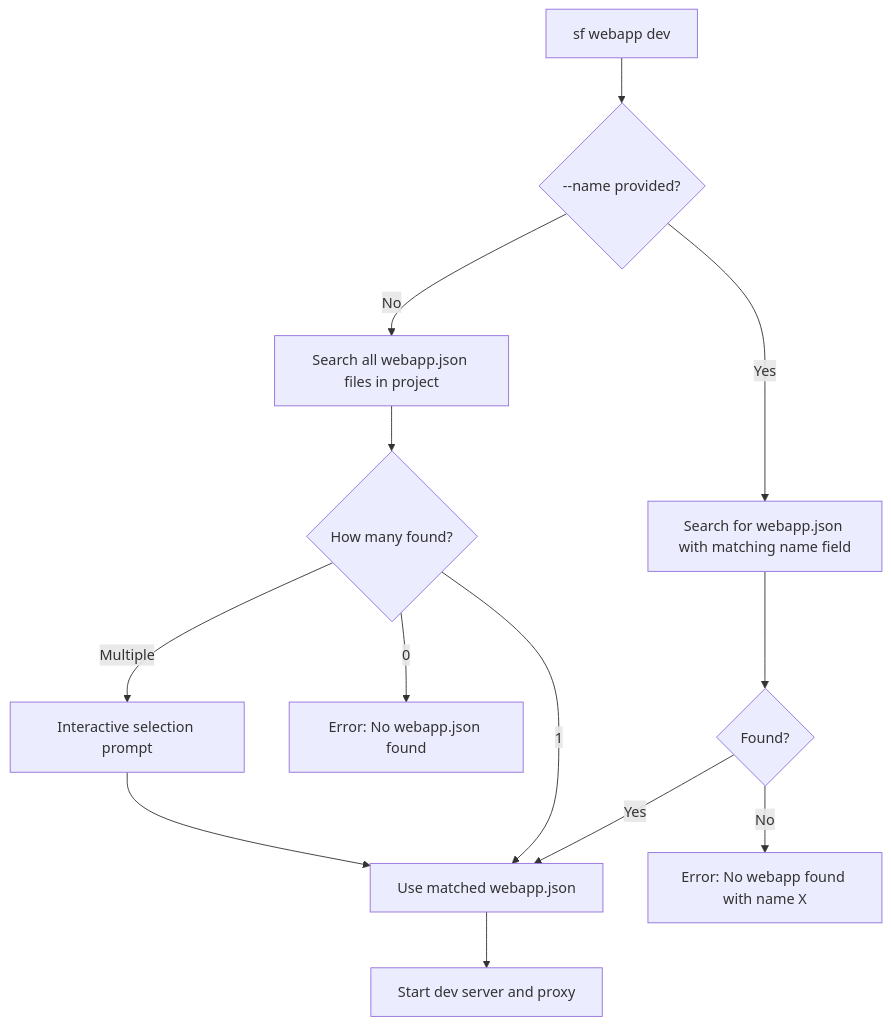
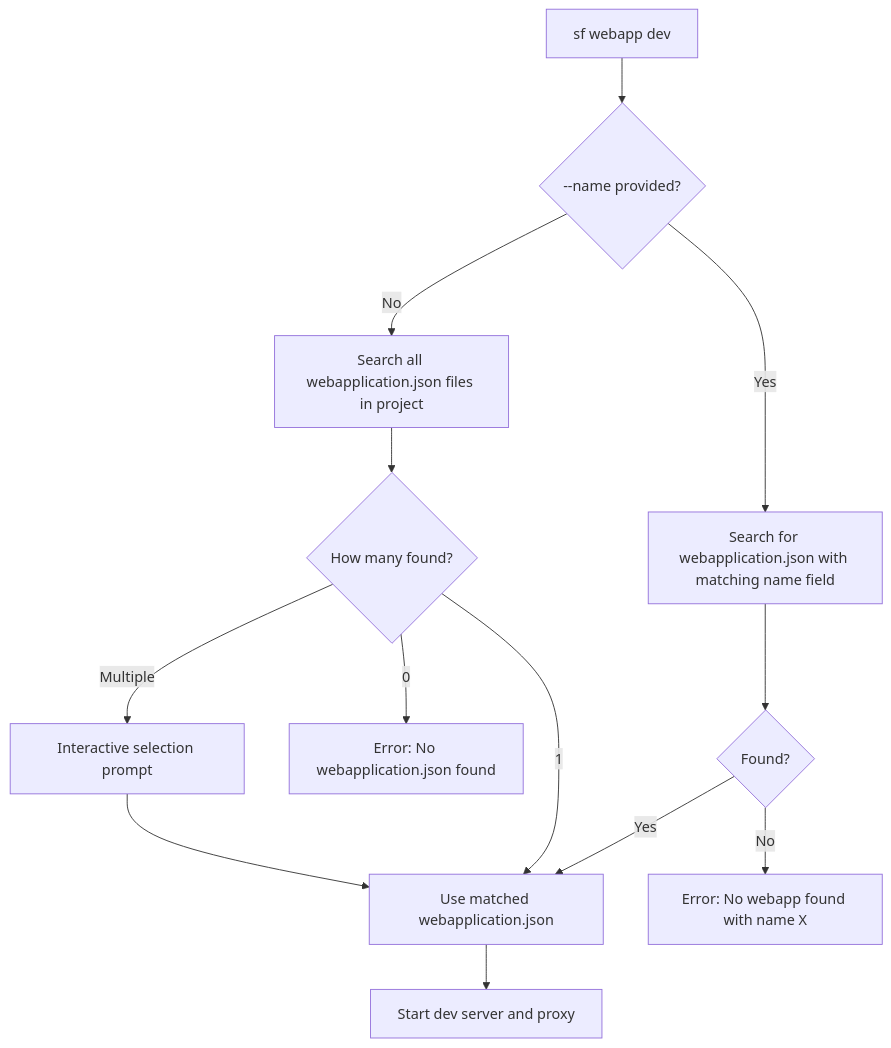
The diagram in SF_WEBAPP_DEV_GUIDE.md (salesforcecli/plugin-ui-bundle-dev), drawn with Mermaid before and after one commit. The commit also changed other lines of this file and 14 other files, not shown here.

First line of the commit message:
feat: rename webapp.json to webapplication.json @W-21110479@

````diff
--- a/SF_WEBAPP_DEV_GUIDE.md
+++ b/SF_WEBAPP_DEV_GUIDE.md
@@ -97,18 +97,18 @@
 ```mermaid
 flowchart TD
     Start["sf webapp dev"] --> HasName{"--name provided?"}
-    HasName -->|Yes| SearchByName["Search for webapp.json with matching name field"]
-    HasName -->|No| SearchAll["Search all webapp.json files in project"]
+    HasName -->|Yes| SearchByName["Search for webapplication.json with matching name field"]
+    HasName -->|No| SearchAll["Search all webapplication.json files in project"]
 
     SearchByName --> FoundMatch{"Found?"}
-    FoundMatch -->|Yes| UseManifest["Use matched webapp.json"]
+    FoundMatch -->|Yes| UseManifest["Use matched webapplication.json"]
     FoundMatch -->|No| ErrorNotFound["Error: No webapp found with name X"]
 
     SearchAll --> Count{"How many found?"}
-    Count -->|0| ErrorNone["Error: No webapp.json found"]
+    Count -->|0| ErrorNone["Error: No webapplication.json found"]
     Count -->|1| UseManifest
     Count -->|Multiple| Prompt["Interactive selection prompt"]
     Prompt --> UseManifest
 
     UseManifest --> StartDev["Start dev server and proxy"]
 ```
````
